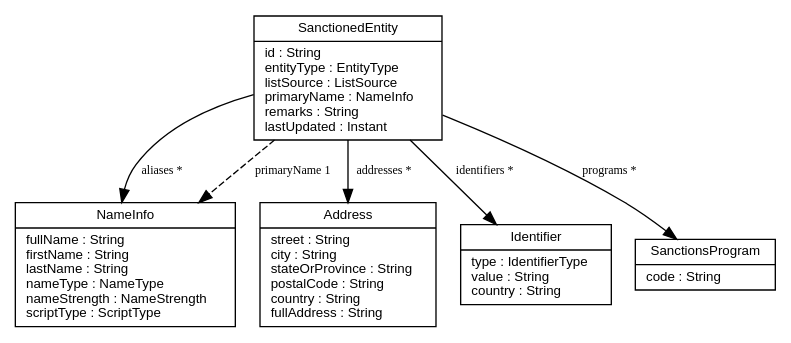
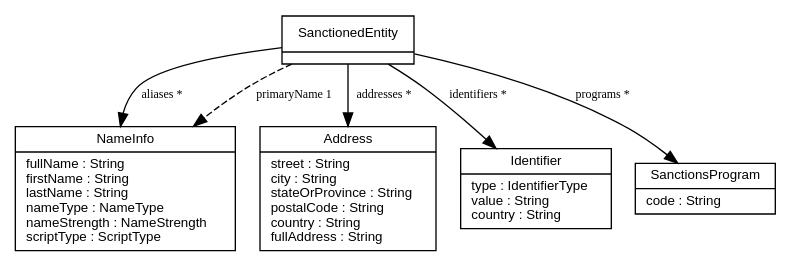
One commit to AbgarSim/sieve-aml changed the diagram in docs/lists.rst. Above: the diagram before and after it, drawn with Graphviz. The commit also changed 33 other files, not shown here.

First line of the commit message:
Keep the gender, death, reasons and vessel details the lists give

```diff
--- a/docs/lists.rst
+++ b/docs/lists.rst
@@ -42,18 +42,18 @@
 .. graphviz::
 
    digraph entity_model {
        rankdir=TB;
        node [shape=record, fontname="Helvetica", fontsize=10];
 
-       entity [label="{SanctionedEntity|id : String\lentityType : EntityType\llistSource : ListSource\lprimaryName : NameInfo\lremarks : String\llastUpdated : Instant\l}"];
+       entity [label="{SanctionedEntity|id : String\lentityType : EntityType\llistSource : ListSource\lprimaryName : NameInfo\lgender : Gender\ldeceased : Boolean\lremarks : String\llistingReasons : List<String>\lvessel : VesselDetails\llastUpdated : Instant\l}"];
        alias  [label="{NameInfo|fullName : String\lfirstName : String\llastName : String\lnameType : NameType\lnameStrength : NameStrength\lscriptType : ScriptType\l}"];
        addr   [label="{Address|street : String\lcity : String\lstateOrProvince : String\lpostalCode : String\lcountry : String\lfullAddress : String\l}"];
        ident  [label="{Identifier|type : IdentifierType\lvalue : String\lcountry : String\l}"];
        prog   [label="{SanctionsProgram|code : String\l}"];
 
        entity -> alias  [label="aliases *", fontsize=9];
        entity -> addr   [label="addresses *", fontsize=9];
        entity -> ident  [label="identifiers *", fontsize=9];
        entity -> prog   [label="programs *", fontsize=9];
        entity -> alias  [label="primaryName 1", fontsize=9, style=dashed];
    }
```
